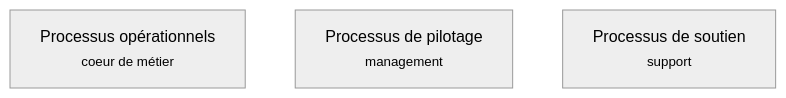
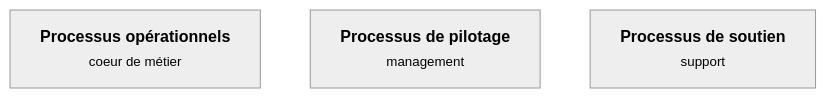
The fifth of 6 diagrams in cours/management/si/index.md (do-it-ecm/courses), drawn with Mermaid (neutral theme) before and after one commit. The commit also changed other lines of this file and 6 other files, not shown here.

````diff
--- a/cours/management/si/index.md
+++ b/cours/management/si/index.md
@@ -131,6 +133,6 @@
 ```mermaid
 graph TD;
-  A[Processus opérationnels<br><small>coeur de métier</small>]
-  B[Processus de pilotage<br><small>management</small>]
-  C[Processus de soutien<br><small>support</small>]
+  A[<b>Processus opérationnels</b><br><small>coeur de métier</small>]
+  B[<b>Processus de pilotage</b><br><small>management</small>]
+  C[<b>Processus de soutien</b><br><small>support</small>]
 ```
````
